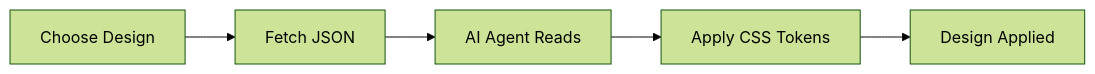
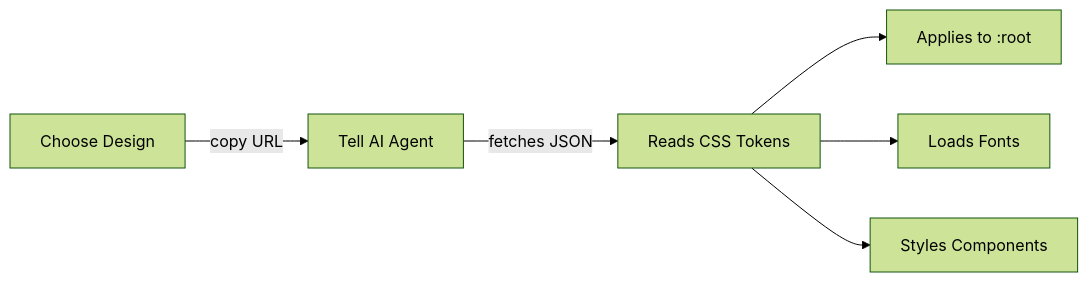
Before and after one commit to luongnv89/sleek-ui: the first of 3 diagrams in README.md, drawn with Mermaid (forest theme). The commit also changed other lines of this file and 8 other files, not shown here.

````diff
--- a/README.md
+++ b/README.md
@@ -22,7 +24,8 @@
 ```mermaid
 graph LR
-    A[Choose Design] --> B[Fetch JSON]
-    B --> C[AI Agent Reads]
-    C --> D[Apply CSS Tokens]
-    D --> E[Design Applied]
+    A[Choose Design] -->|copy URL| B[Tell AI Agent]
+    B -->|fetches JSON| C[Reads CSS Tokens]
+    C --> D[Applies to :root]
+    C --> E[Loads Fonts]
+    C --> F[Styles Components]
 ```
````
